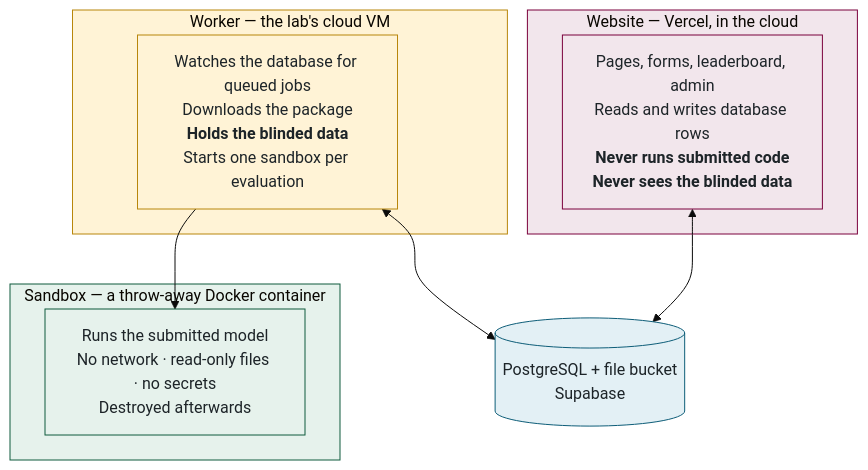
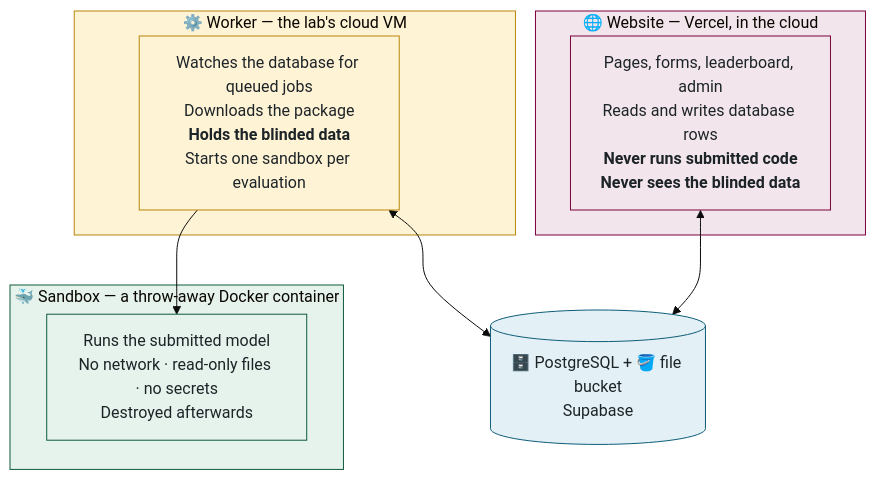
One commit to McMaster-Battery-Research-Group/battery-soc-benchmark changed the third of 3 diagrams in docs/walkthrough/02-the-five-minute-version.md. Above: the diagram before and after it, drawn with Mermaid (base theme). The commit also changed other lines of this file and 38 other files, not shown here.

Commit message:
Walkthrough: consistent icon system (icon key, part and section icons, diagram labels) + tool/company logos

````diff
--- a/docs/walkthrough/02-the-five-minute-version.md
+++ b/docs/walkthrough/02-the-five-minute-version.md
@@ -51,27 +51,27 @@
 ```mermaid
 flowchart TB
-    subgraph WEB["Website — Vercel, in the cloud"]
+    subgraph WEB["🌐 Website — Vercel, in the cloud"]
         W["Pages, forms, leaderboard, admin<br/>Reads and writes database rows<br/><b>Never runs submitted code<br/>Never sees the blinded data</b>"]
     end
-    subgraph WORKER["Worker — the lab's cloud VM"]
+    subgraph WORKER["⚙️ Worker — the lab's cloud VM"]
         K["Watches the database for queued jobs<br/>Downloads the package<br/><b>Holds the blinded data</b><br/>Starts one sandbox per evaluation"]
     end
-    subgraph SANDBOX["Sandbox — a throw-away Docker container"]
+    subgraph SANDBOX["🐳 Sandbox — a throw-away Docker container"]
         S["Runs the submitted model<br/>No network · read-only files · no secrets<br/>Destroyed afterwards"]
     end
-    DB[("PostgreSQL + file bucket<br/>Supabase")]
+    DB[("🗄️ PostgreSQL + 🪣 file bucket<br/>Supabase")]
     W <--> DB
     K <--> DB
     K --> S
     style WEB fill:#F2E6EC,stroke:#7A003C
     style WORKER fill:#FFF3D6,stroke:#B8860B
     style SANDBOX fill:#E6F2EC,stroke:#0E5B3D
     classDef web fill:#F2E6EC,stroke:#7A003C,color:#1d2428
     classDef worker fill:#FFF3D6,stroke:#B8860B,color:#1d2428
     classDef sandbox fill:#E6F2EC,stroke:#0E5B3D,color:#1d2428
     classDef data fill:#E3F0F5,stroke:#0D5D78,color:#1d2428
     class W web
     class K worker
     class S sandbox
     class DB data
 ```
````
